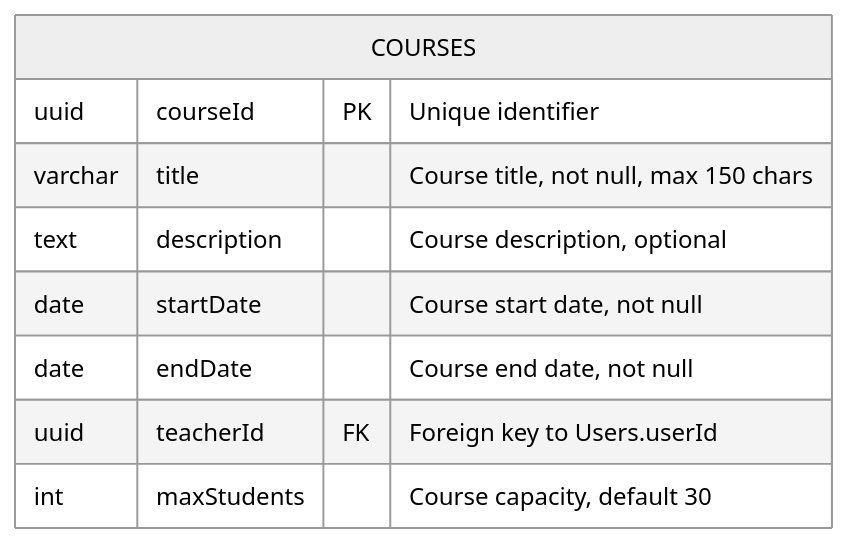
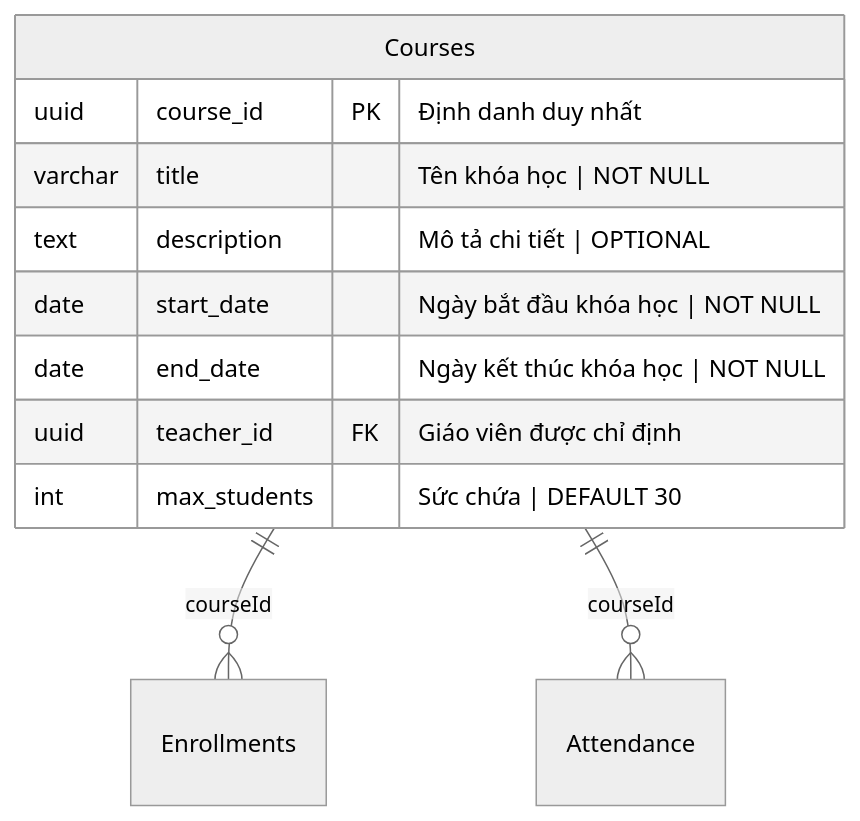
The fourth of 12 diagrams in docs/requirements/requirements.md (hainguyen81/membership-hub), drawn with Mermaid (neutral theme) before and after one commit. The commit also changed other lines of this file and 1 other file, not shown here.

````diff
--- a/docs/requirements/requirements.md
+++ b/docs/requirements/requirements.md
@@ -133,12 +457,14 @@
-  ```mermaid
-  erDiagram
-      COURSES {
-          uuid courseId PK "Unique identifier"
-          varchar title "Course title, not null, max 150 chars"
-          text description "Course description, optional"
-          date startDate "Course start date, not null"
-          date endDate "Course end date, not null"
-          uuid teacherId FK "Foreign key to Users.userId"
-          int maxStudents "Course capacity, default 30"
-      }
-  ```
+```mermaid
+erDiagram
+    Courses {
+        uuid course_id PK "Định danh duy nhất"
+        varchar title "Tên khóa học | NOT NULL"
+        text description "Mô tả chi tiết | OPTIONAL"
+        date start_date "Ngày bắt đầu khóa học | NOT NULL"
+        date end_date "Ngày kết thúc khóa học | NOT NULL"
+        uuid teacher_id FK "Giáo viên được chỉ định"
+        int max_students "Sức chứa | DEFAULT 30"
+    }
+    Courses ||--o{ Enrollments : "courseId"
+    Courses ||--o{ Attendance : "courseId"
+```
````
